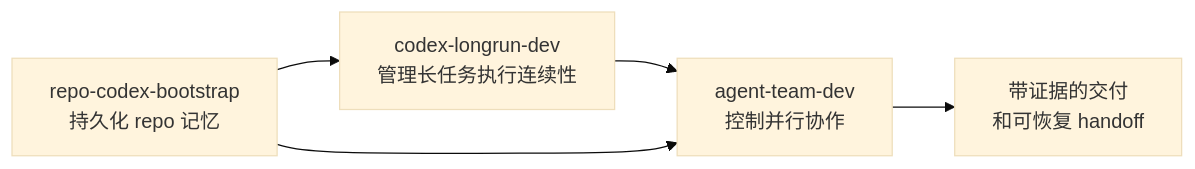
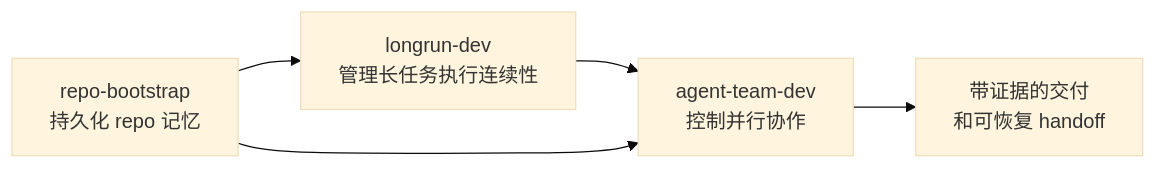
One commit to YuxiaoWang-520/codex-skills changed the diagram in README_CN.md. Above: the diagram before and after it, drawn with Mermaid (base theme). The commit also changed other lines of this file and 30 other files, not shown here.

First line of the commit message:
refactor: make repo platform-agnostic by removing codex from skill names

````diff
--- a/README_CN.md
+++ b/README_CN.md
@@ -297,7 +325,7 @@
 ```mermaid
 flowchart LR
-    A[repo-codex-bootstrap<br/>持久化 repo 记忆] --> B[codex-longrun-dev<br/>管理长任务执行连续性]
+    A[repo-bootstrap<br/>持久化 repo 记忆] --> B[longrun-dev<br/>管理长任务执行连续性]
     B --> C[agent-team-dev<br/>控制并行协作]
     A --> C
     C --> D[带证据的交付<br/>和可恢复 handoff]
 ```
````
